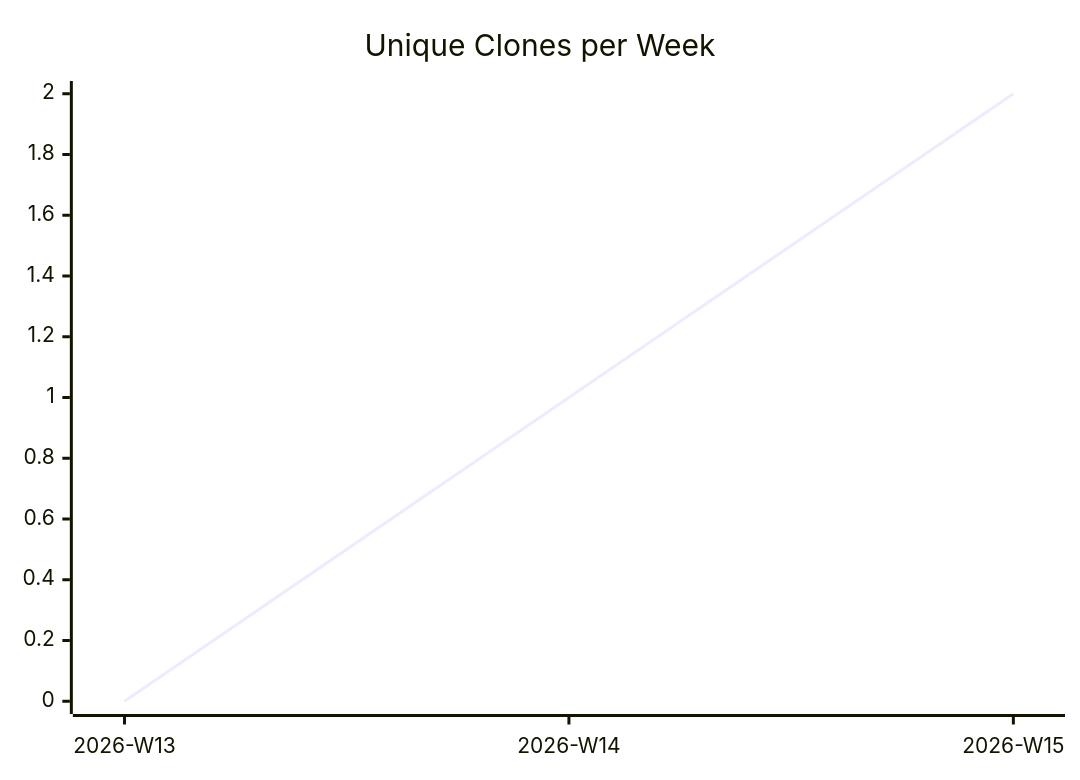
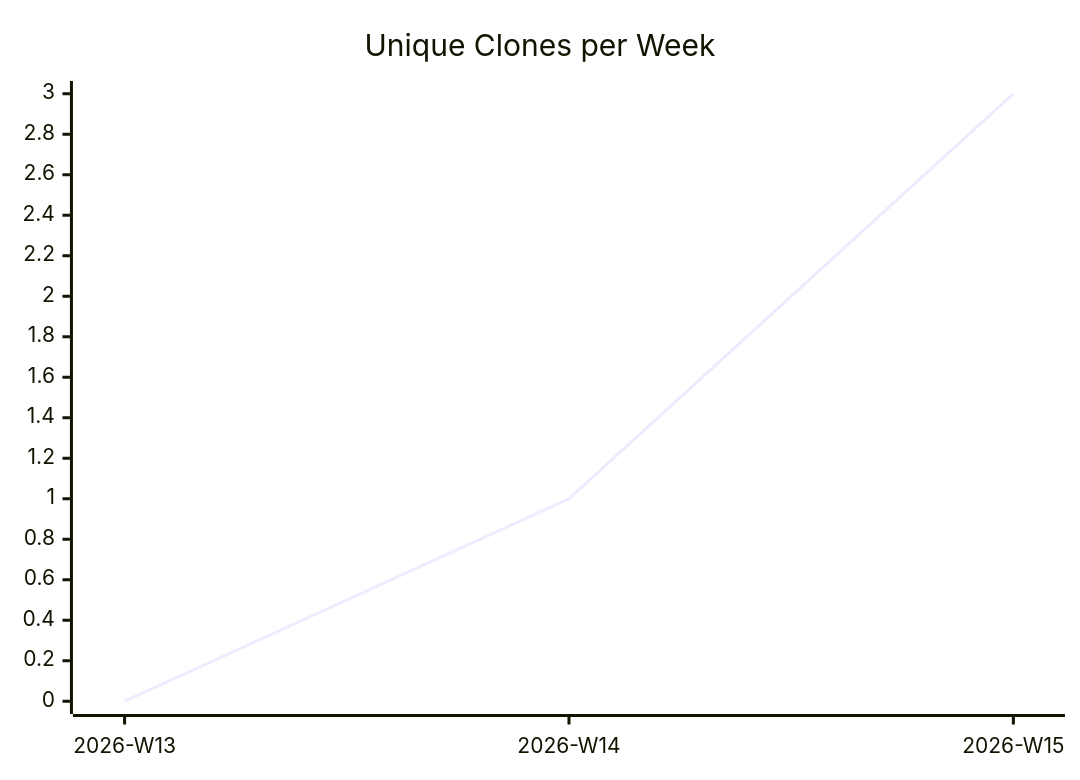
One commit to justdavis-family/github-analytics-data changed the third of 3 diagrams in karlmdavis/FHIR-Server/README.md. Above: the diagram before and after it, drawn with Mermaid. The commit also changed other lines of this file and 192 other files, not shown here.

````diff
--- a/karlmdavis/FHIR-Server/README.md
+++ b/karlmdavis/FHIR-Server/README.md
@@ -19,6 +19,6 @@
 ```mermaid
 xychart-beta
   title "Unique Clones per Week"
   x-axis ["2026-W13", "2026-W14", "2026-W15"]
-  line [0, 1, 2]
+  line [0, 1, 3]
 ```
````
